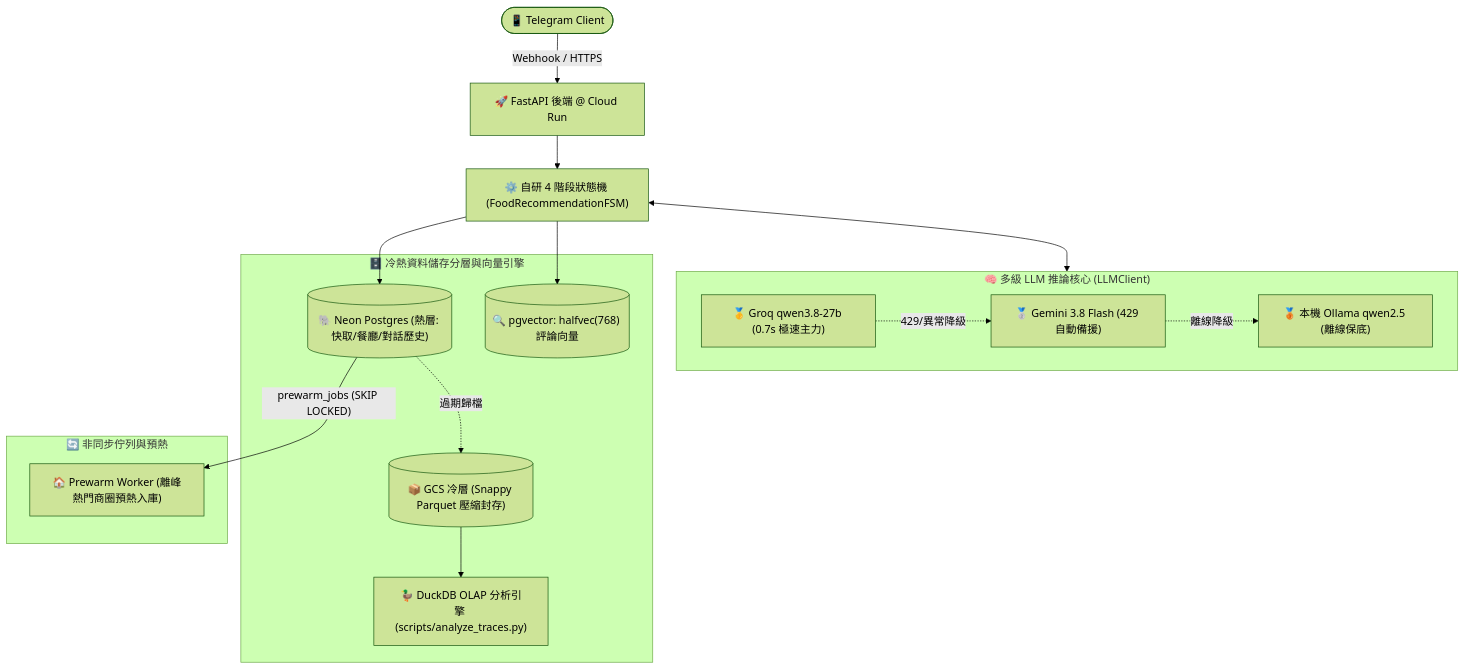
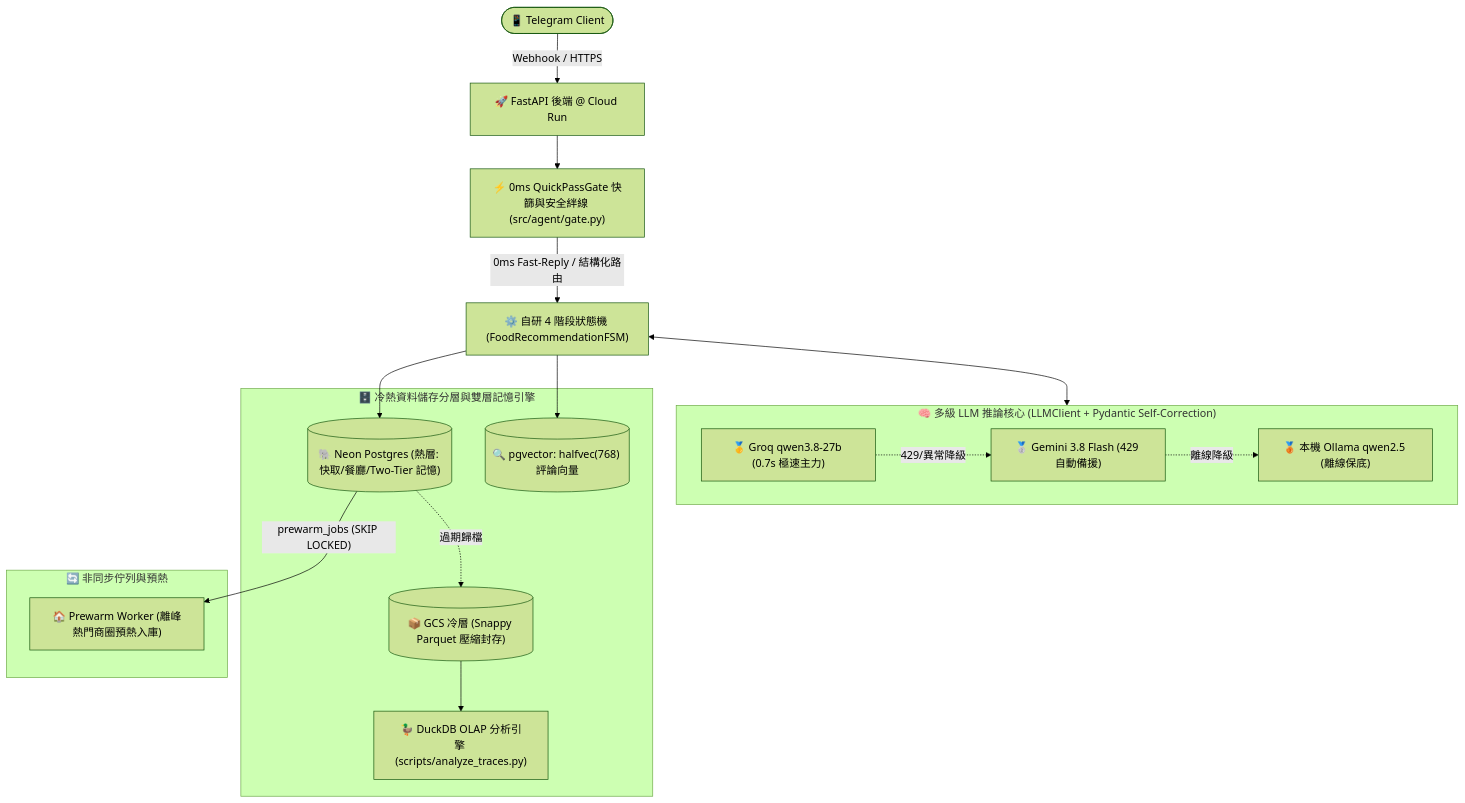
One commit to AnnieeLiuu/pickforme changed the first of 3 diagrams in docs/ARCHITECTURE.md. Above: the diagram before and after it, drawn with Mermaid (forest theme). The commit also changed other lines of this file and 2 other files, not shown here.

Commit message:
docs(arch,eval): sync ARCHITECTURE.md and observability dashboard with Agent Harness upgrade

````diff
--- a/docs/ARCHITECTURE.md
+++ b/docs/ARCHITECTURE.md
@@ -15,31 +15,32 @@
 ```mermaid
 graph TD
     User(["📱 Telegram Client"]) -->|Webhook / HTTPS| Server["🚀 FastAPI 後端 @ Cloud Run"]
-    Server --> FSM["⚙️ 自研 4 階段狀態機 (FoodRecommendationFSM)"]
+    Server --> Gate["⚡ 0ms QuickPassGate 快篩與安全絆線 (src/agent/gate.py)"]
+    Gate -->|"0ms Fast-Reply / 結構化路由"| FSM["⚙️ 自研 4 階段狀態機 (FoodRecommendationFSM)"]
 
-    subgraph LLMTier ["🧠 多級 LLM 推論核心 (LLMClient)"]
+    subgraph LLMTier ["🧠 多級 LLM 推論核心 (LLMClient + Pydantic Self-Correction)"]
         Groq["🥇 Groq qwen3.8-27b (0.7s 極速主力)"]
         Gemini["🥈 Gemini 3.8 Flash (429 自動備援)"]
         Ollama["🥉 本機 Ollama qwen2.5 (離線保底)"]
         Groq -.->|429/異常降級| Gemini
         Gemini -.->|離線降級| Ollama
     end
 
-    subgraph StorageTier ["🗄️ 冷熱資料儲存分層與向量引擎"]
-        HotDB[("🐘 Neon Postgres (熱層: 快取/餐廳/對話歷史)")]
+    subgraph StorageTier ["🗄️ 冷熱資料儲存分層與雙層記憶引擎"]
+        HotDB[("🐘 Neon Postgres (熱層: 快取/餐廳/Two-Tier 記憶)")]
         VectorDB[("🔍 pgvector: halfvec(768) 評論向量")]
         ColdArchive[("📦 GCS 冷層 (Snappy Parquet 壓縮封存)")]
         DuckDBEngine["🦆 DuckDB OLAP 分析引擎 (scripts/analyze_traces.py)"]
         HotDB -.->|過期歸檔| ColdArchive
         ColdArchive --> DuckDBEngine
     end
 
     subgraph BackgroundWorker ["🔄 非同步佇列與預熱"]
         LocalWorker["🏠 Prewarm Worker (離峰熱門商圈預熱入庫)"]
         HotDB -->|"prewarm_jobs (SKIP LOCKED)"| LocalWorker
     end
 
     FSM <--> LLMTier
     FSM --> HotDB
     FSM --> VectorDB
 ```
````
